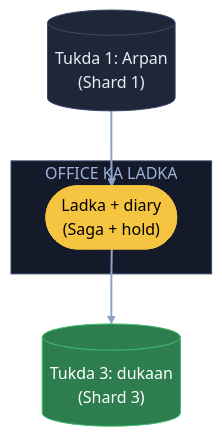
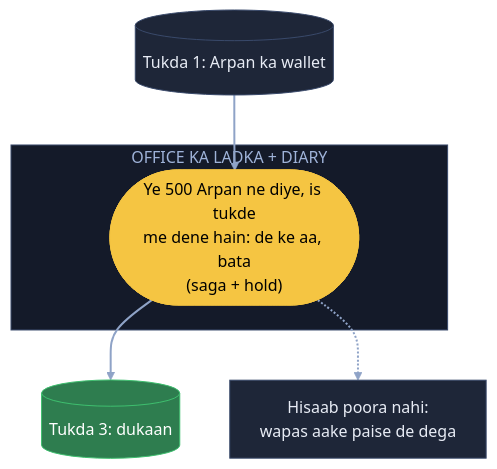
One commit to ArpanMaheshwari144/Prep changed the tenth of 11 diagrams in 04_HLD/SYSTEM_DESIGNS/06_payment_system/06_payment_system.md. Above: the diagram before and after it, drawn with Mermaid. The commit also changed other lines of this file, not shown here.

Commit message:
Payment: 11 diagram hand notes ke shabdon se, K4 heading 'fallback tareeka'

````diff
--- a/04_HLD/SYSTEM_DESIGNS/06_payment_system/06_payment_system.md
+++ b/04_HLD/SYSTEM_DESIGNS/06_payment_system/06_payment_system.md
@@ -291,16 +296,18 @@
 ```mermaid
 flowchart TB
-    T1[("Tukda 1: Arpan<br/>(Shard 1)")]:::card
-    subgraph OL["OFFICE KA LADKA"]
-        L(["Ladka + diary<br/>(Saga + hold)"]):::pill
+    T1[("Tukda 1: Arpan ka wallet")]:::card
+    subgraph OL["OFFICE KA LADKA + DIARY"]
+        L(["Ye 500 Arpan ne diye, is tukde<br/>me dene hain: de ke aa, bata<br/>(saga + hold)"]):::pill
     end
-    T3[("Tukda 3: dukaan<br/>(Shard 3)")]:::good
+    T3[("Tukda 3: dukaan")]:::good
+    B["Hisaab poora nahi:<br/>wapas aake paise de dega"]:::card
     T1 --> L
     L --> T3
+    L -.-> B
     linkStyle default stroke:#8fa3c7,stroke-width:2px
     classDef card fill:#1e2638,stroke:#3a4a6b,color:#e8ecf5
     classDef pill fill:#f5c542,stroke:#f5c542,color:#000
     classDef good fill:#2e7d4f,stroke:#3fbf6f,color:#fff
     classDef bad fill:#5c1f24,stroke:#e05561,color:#fff
     style OL fill:#141a29,stroke:#3a4a6b,color:#9fb3d9
 ```
````
